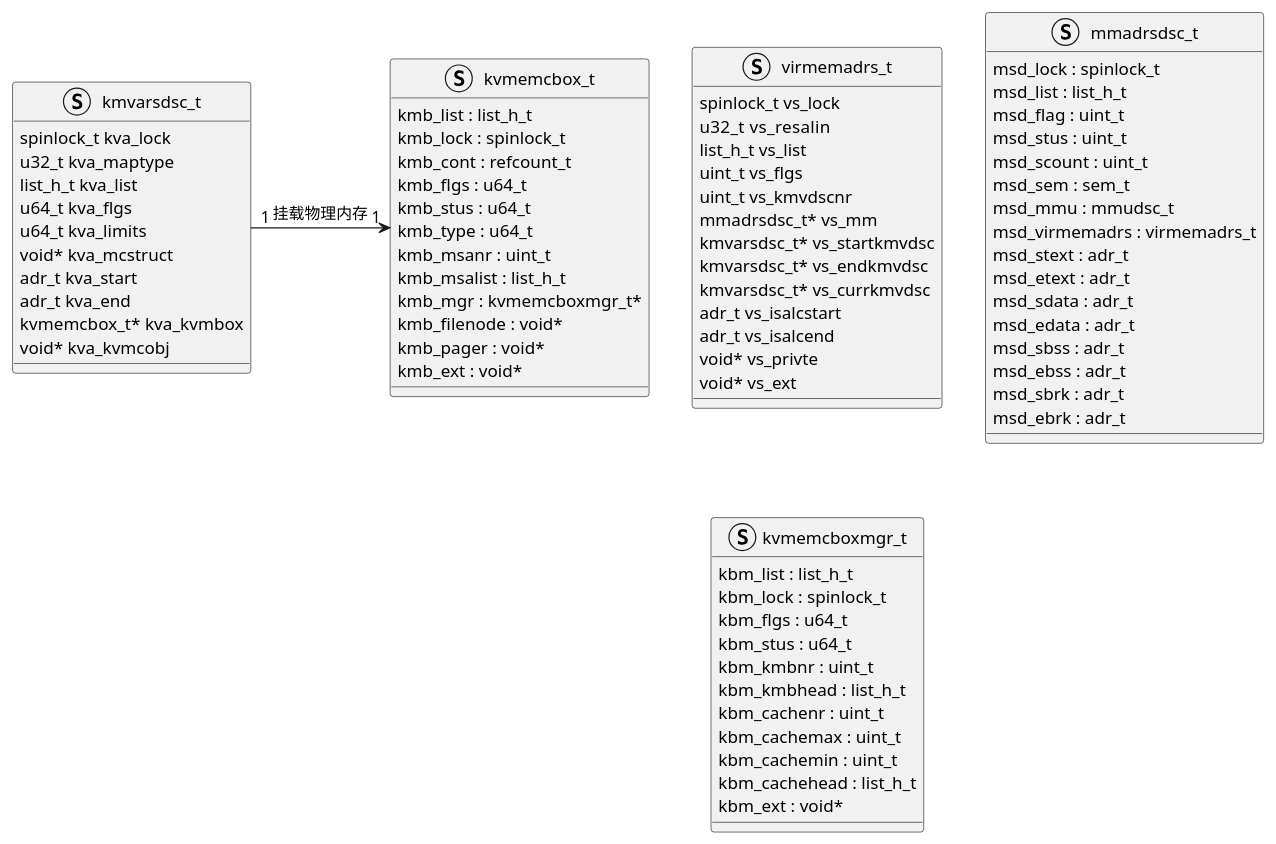
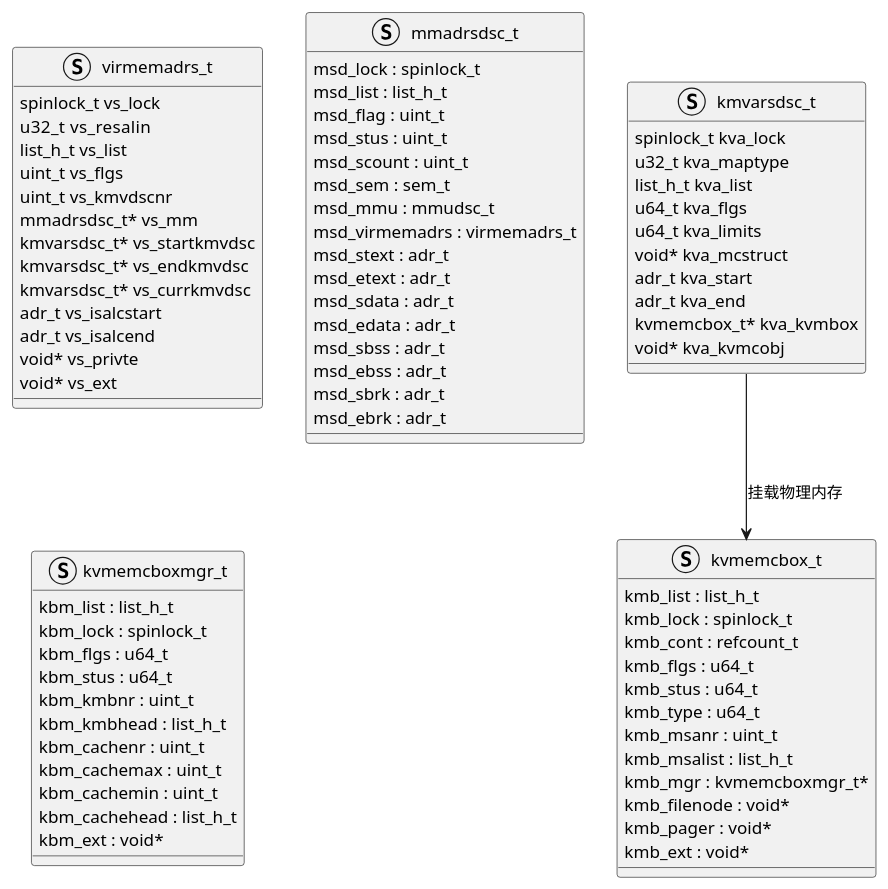
One commit to mowang111/personal_knowledge_repository changed the diagram in 0.学习笔记/a04.操作系统/操作系统实战/2.内存/5.虚拟内存.md. Above: the diagram before and after it, drawn with PlantUML.

Commit message:
vault backup: 2023-12-06 14:43:50

````diff
--- a/0.学习笔记/a04.操作系统/操作系统实战/2.内存/5.虚拟内存.md
+++ b/0.学习笔记/a04.操作系统/操作系统实战/2.内存/5.虚拟内存.md
@@ -7,75 +7,75 @@
 ```plantuml
 struct kmvarsdsc_t {
     spinlock_t kva_lock
     u32_t kva_maptype
     list_h_t kva_list
     u64_t kva_flgs
     u64_t kva_limits
     void* kva_mcstruct
     adr_t kva_start
     adr_t kva_end
     kvmemcbox_t* kva_kvmbox
     void* kva_kvmcobj
 }
 struct virmemadrs_t {
     spinlock_t vs_lock
     u32_t  vs_resalin
     list_h_t vs_list
     uint_t vs_flgs
     uint_t vs_kmvdscnr
     mmadrsdsc_t* vs_mm
     kmvarsdsc_t* vs_startkmvdsc
     kmvarsdsc_t* vs_endkmvdsc
     kmvarsdsc_t* vs_currkmvdsc
     adr_t vs_isalcstart
     adr_t vs_isalcend
     void* vs_privte
     void* vs_ext
 }
 struct mmadrsdsc_t {
     msd_lock : spinlock_t
     msd_list : list_h_t
     msd_flag : uint_t
     msd_stus : uint_t
     msd_scount : uint_t
     msd_sem : sem_t
     msd_mmu : mmudsc_t
     msd_virmemadrs : virmemadrs_t
     msd_stext : adr_t
     msd_etext : adr_t
     msd_sdata : adr_t
     msd_edata : adr_t
     msd_sbss : adr_t
     msd_ebss : adr_t
     msd_sbrk : adr_t
     msd_ebrk : adr_t
 }
 struct kvmemcbox_t {
     kmb_list : list_h_t
     kmb_lock : spinlock_t
     kmb_cont : refcount_t
     kmb_flgs : u64_t
     kmb_stus : u64_t
     kmb_type : u64_t
     kmb_msanr : uint_t
     kmb_msalist : list_h_t
     kmb_mgr : kvmemcboxmgr_t*
     kmb_filenode : void*
     kmb_pager : void*
     kmb_ext : void*
 }
 struct kvmemcboxmgr_t {
     kbm_list : list_h_t
     kbm_lock : spinlock_t
     kbm_flgs : u64_t
     kbm_stus : u64_t
     kbm_kmbnr : uint_t
     kbm_kmbhead : list_h_t
     kbm_cachenr : uint_t
     kbm_cachemax : uint_t
     kbm_cachemin : uint_t
     kbm_cachehead : list_h_t
     kbm_ext : void*
 }
-kmvarsdsc_t "1" -right-> "1" kvmemcbox_t : 挂载物理内存
+kmvarsdsc_t -down-> kvmemcbox_t : 挂载物理内存
 ```
````
